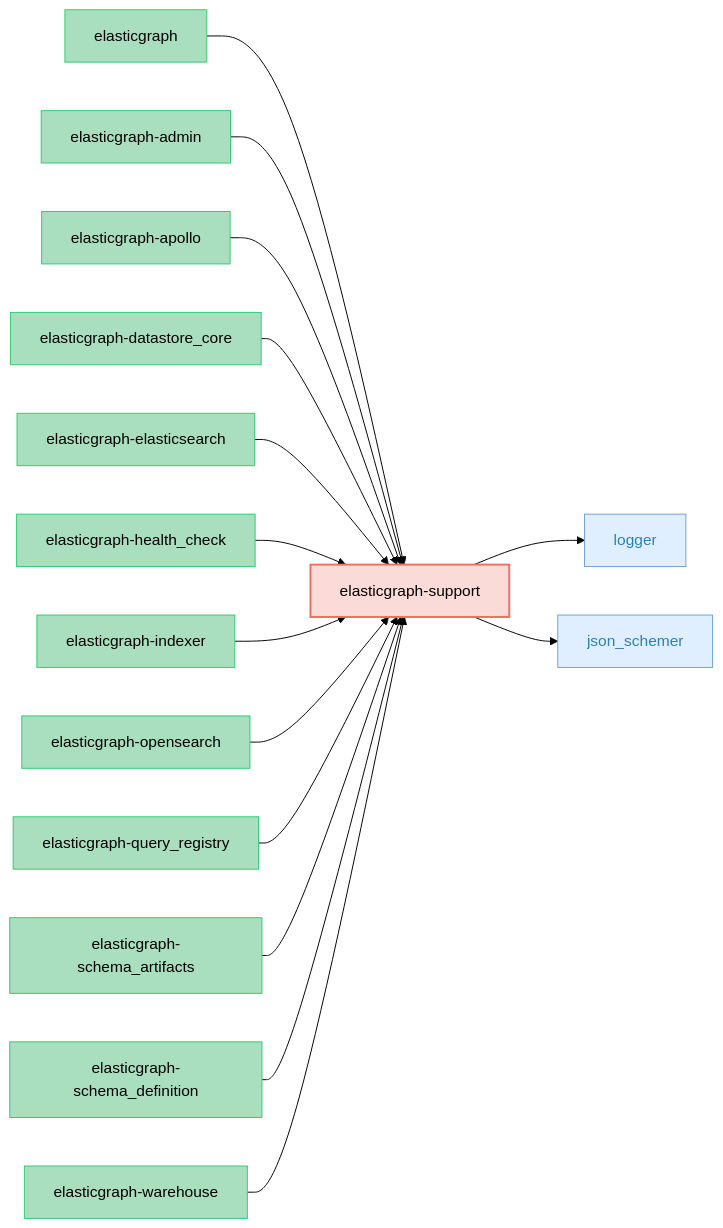
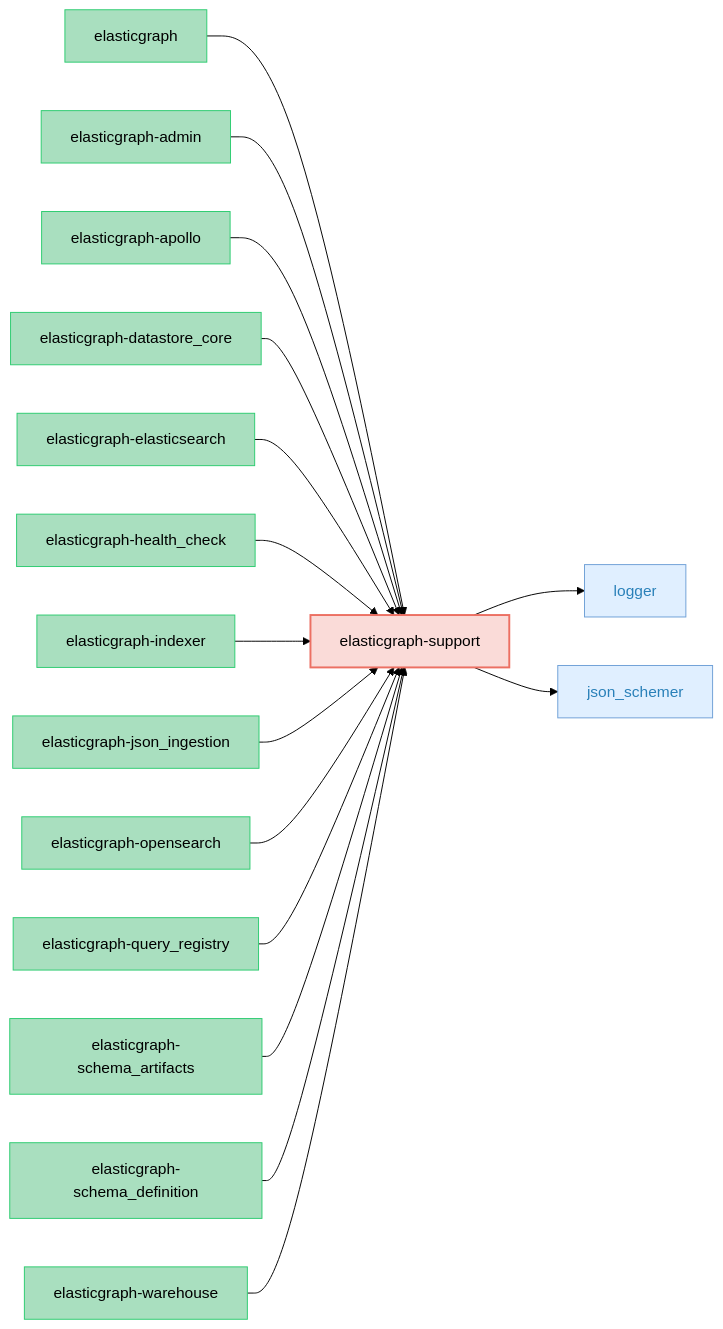
The diagram in elasticgraph-support/README.md (block/elasticgraph), drawn with Mermaid (forest theme) before and after one commit. The commit also changed 115 other files, not shown here.

Commit message:
Pluggable ingestion serializers via new elasticgraph-json_ingestion gem

````diff
--- a/elasticgraph-support/README.md
+++ b/elasticgraph-support/README.md
@@ -14,52 +14,55 @@
 ```mermaid
 graph LR;
     classDef targetGemStyle fill:#FADBD8,stroke:#EC7063,color:#000,stroke-width:2px;
     classDef otherEgGemStyle fill:#A9DFBF,stroke:#2ECC71,color:#000;
     classDef externalGemStyle fill:#E0EFFF,stroke:#70A1D7,color:#2980B9;
     elasticgraph-support["elasticgraph-support"];
     class elasticgraph-support targetGemStyle;
     logger["logger"];
     elasticgraph-support --> logger;
     class logger externalGemStyle;
     json_schemer["json_schemer"];
     elasticgraph-support --> json_schemer;
     class json_schemer externalGemStyle;
     elasticgraph["elasticgraph"];
     elasticgraph --> elasticgraph-support;
     class elasticgraph otherEgGemStyle;
     elasticgraph-admin["elasticgraph-admin"];
     elasticgraph-admin --> elasticgraph-support;
     class elasticgraph-admin otherEgGemStyle;
     elasticgraph-apollo["elasticgraph-apollo"];
     elasticgraph-apollo --> elasticgraph-support;
     class elasticgraph-apollo otherEgGemStyle;
     elasticgraph-datastore_core["elasticgraph-datastore_core"];
     elasticgraph-datastore_core --> elasticgraph-support;
     class elasticgraph-datastore_core otherEgGemStyle;
     elasticgraph-elasticsearch["elasticgraph-elasticsearch"];
     elasticgraph-elasticsearch --> elasticgraph-support;
     class elasticgraph-elasticsearch otherEgGemStyle;
     elasticgraph-health_check["elasticgraph-health_check"];
     elasticgraph-health_check --> elasticgraph-support;
     class elasticgraph-health_check otherEgGemStyle;
     elasticgraph-indexer["elasticgraph-indexer"];
     elasticgraph-indexer --> elasticgraph-support;
     class elasticgraph-indexer otherEgGemStyle;
+    elasticgraph-json_ingestion["elasticgraph-json_ingestion"];
+    elasticgraph-json_ingestion --> elasticgraph-support;
+    class elasticgraph-json_ingestion otherEgGemStyle;
     elasticgraph-opensearch["elasticgraph-opensearch"];
     elasticgraph-opensearch --> elasticgraph-support;
     class elasticgraph-opensearch otherEgGemStyle;
     elasticgraph-query_registry["elasticgraph-query_registry"];
     elasticgraph-query_registry --> elasticgraph-support;
     class elasticgraph-query_registry otherEgGemStyle;
     elasticgraph-schema_artifacts["elasticgraph-schema_artifacts"];
     elasticgraph-schema_artifacts --> elasticgraph-support;
     class elasticgraph-schema_artifacts otherEgGemStyle;
     elasticgraph-schema_definition["elasticgraph-schema_definition"];
     elasticgraph-schema_definition --> elasticgraph-support;
     class elasticgraph-schema_definition otherEgGemStyle;
     elasticgraph-warehouse["elasticgraph-warehouse"];
     elasticgraph-warehouse --> elasticgraph-support;
     class elasticgraph-warehouse otherEgGemStyle;
     click logger href "https://rubygems.org/gems/logger" "Open on RubyGems.org" _blank;
     click json_schemer href "https://rubygems.org/gems/json_schemer" "Open on RubyGems.org" _blank;
 ```
````
